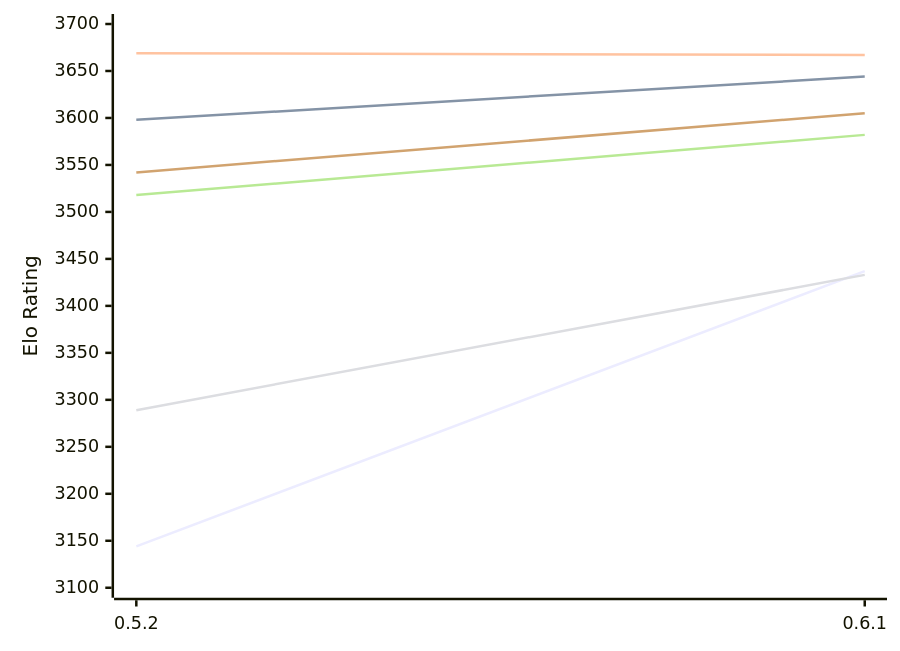
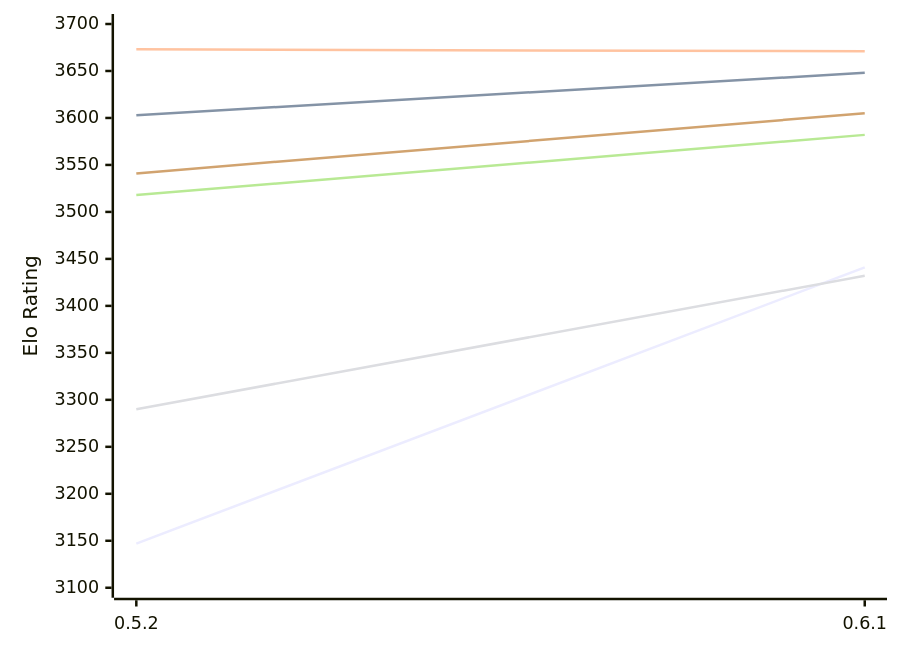
One commit to computer-chess-index/cci changed the first of 2 diagrams in engines/Cinder.md. Above: the diagram before and after it, drawn with Mermaid. The commit also changed other lines of this file, not shown here.

Commit message:
Update CCI Ratings (ELO VLTC) - 2026-11-22

````diff
--- a/engines/Cinder.md
+++ b/engines/Cinder.md
@@ -54,12 +54,12 @@
 ```mermaid
 %%{init: {"theme":"base","themeVariables":{"seriesColors:['#a3a3a3','#222221','#faa371']}}}%%
 xychart-beta
   x-axis ["0.5.2", "0.6.1"]
   y-axis "Elo Rating" 3100 --> 3700
-  line "E1: STC (8.0+0.08s)" [3144, 3437]
-  line "E1: LTC (60.0+0.60s)" [3598, 3644]
-  line "E1: VLTC (2m24s+1.12s)" [3669, 3667]
-  line "P1: STC (8.0+0.08s)" [3289, 3433]
+  line "E1: STC (8.0+0.08s)" [3147, 3441]
+  line "E1: LTC (60.0+0.60s)" [3603, 3648]
+  line "E1: VLTC (2m24s+1.12s)" [3673, 3671]
+  line "P1: STC (8.0+0.08s)" [3290, 3432]
   line "P1: LTC (60.0+0.60s)" [3518, 3582]
-  line "P1: VLTC (2m24s+1.12s)" [3542, 3605]
+  line "P1: VLTC (2m24s+1.12s)" [3541, 3605]
 ```
````
